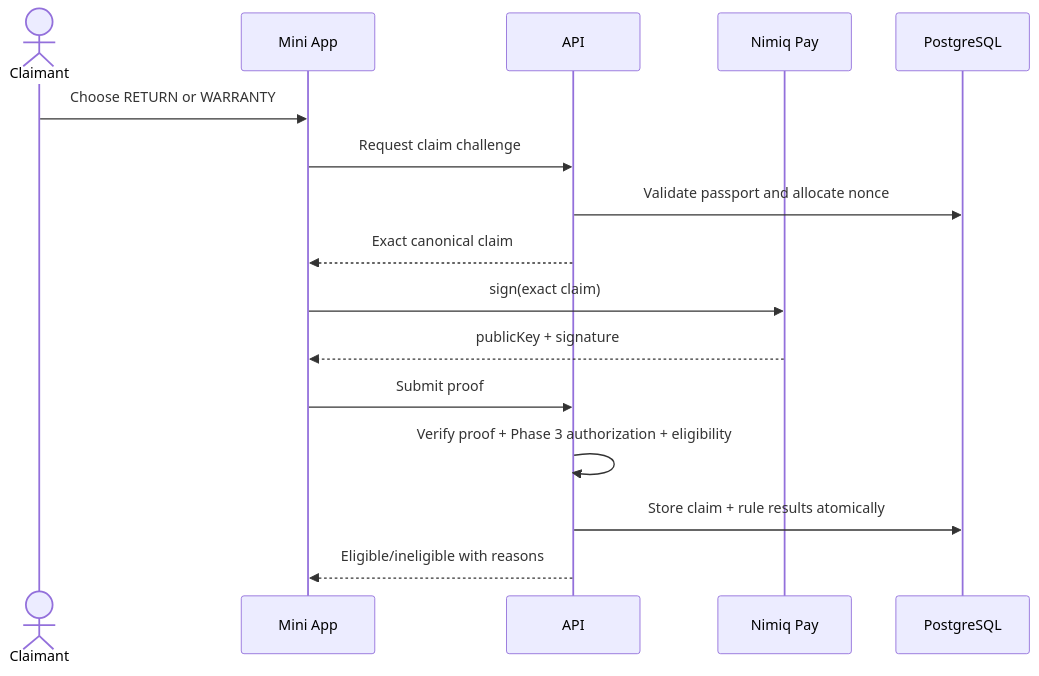
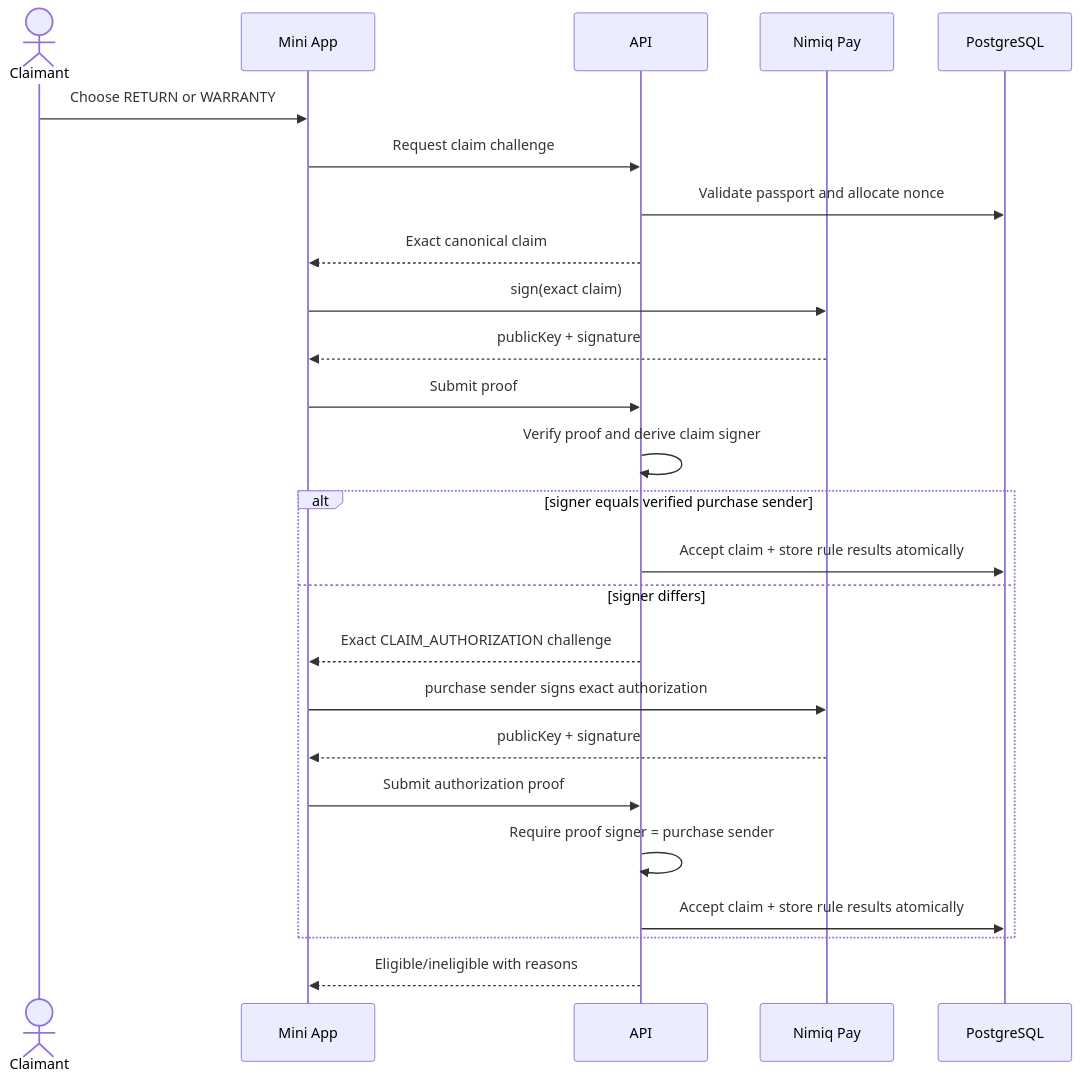
The fourth of 6 diagrams in ARCHITECTURE.md (shreshth006/NimReturn), drawn with Mermaid before and after one commit. The commit also changed other lines of this file and 7 other files, not shown here.

````diff
--- a/ARCHITECTURE.md
+++ b/ARCHITECTURE.md
@@ -189,18 +190,27 @@
 ```mermaid
 sequenceDiagram
     actor B as Claimant
     participant W as Mini App
     participant A as API
     participant P as Nimiq Pay
     participant D as PostgreSQL
     B->>W: Choose RETURN or WARRANTY
     W->>A: Request claim challenge
     A->>D: Validate passport and allocate nonce
     A-->>W: Exact canonical claim
     W->>P: sign(exact claim)
     P-->>W: publicKey + signature
     W->>A: Submit proof
-    A->>A: Verify proof + Phase 3 authorization + eligibility
-    A->>D: Store claim + rule results atomically
+    A->>A: Verify proof and derive claim signer
+    alt signer equals verified purchase sender
+        A->>D: Accept claim + store rule results atomically
+    else signer differs
+        A-->>W: Exact CLAIM_AUTHORIZATION challenge
+        W->>P: purchase sender signs exact authorization
+        P-->>W: publicKey + signature
+        W->>A: Submit authorization proof
+        A->>A: Require proof signer = purchase sender
+        A->>D: Accept claim + store rule results atomically
+    end
     A-->>W: Eligible/ineligible with reasons
 ```
````
